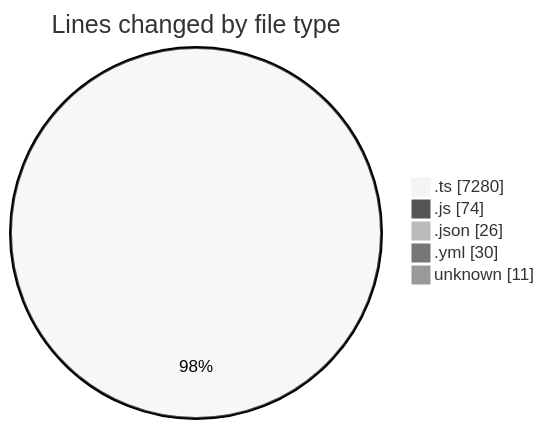
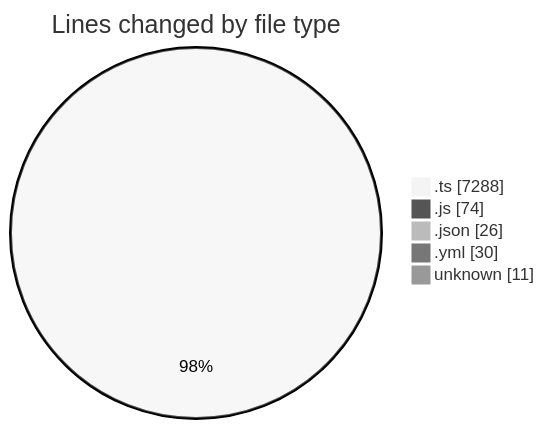
The first of 2 diagrams in 2026-02-07/singularitybrainai/README.md (tmsrecording-cyber/code-tracking), drawn with Mermaid (neutral theme) before and after one commit. The commit also changed other lines of this file and 1 other file, not shown here.

````diff
--- a/2026-02-07/singularitybrainai/README.md
+++ b/2026-02-07/singularitybrainai/README.md
@@ -39,9 +39,9 @@
 ```mermaid
 pie showData
 title Lines changed by file type
-".ts" : 7280
+".ts" : 7288
 ".js" : 74
 ".json" : 26
 ".yml" : 30
 "unknown" : 11
 ```
````
